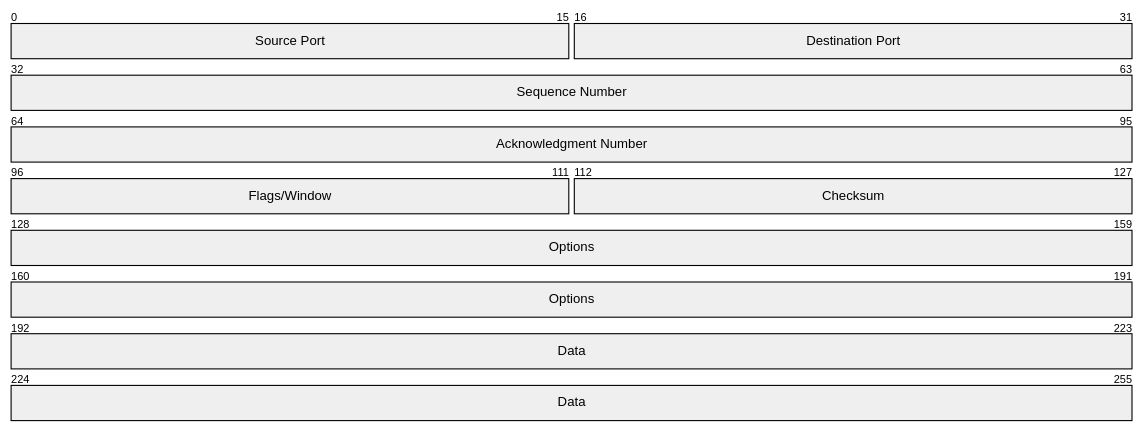
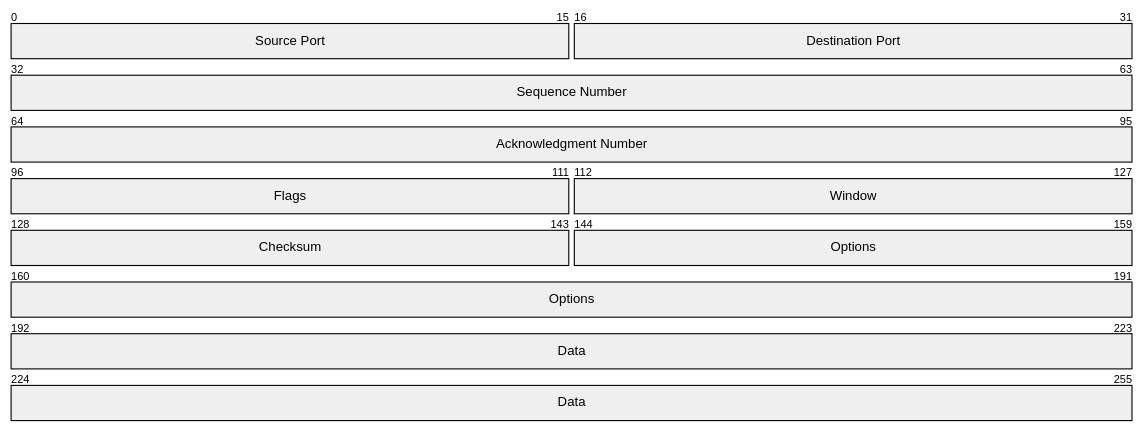
One commit to marcusquinn/aidevops changed the ninth of 10 diagrams in .agents/tools/diagrams/mermaid-diagrams-skill/references/ARCHITECTURE.md. Above: the diagram before and after it, drawn with Mermaid. The commit also changed other lines of this file, not shown here.

````diff
--- a/.agents/tools/diagrams/mermaid-diagrams-skill/references/ARCHITECTURE.md
+++ b/.agents/tools/diagrams/mermaid-diagrams-skill/references/ARCHITECTURE.md
@@ -205,11 +226,12 @@
 ```mermaid
 packet-beta
     0-15: "Source Port"
     16-31: "Destination Port"
     32-63: "Sequence Number"
     64-95: "Acknowledgment Number"
-    96-111: "Flags/Window"
-    112-127: "Checksum"
-    128-191: "Options"
+    96-111: "Flags"
+    112-127: "Window"
+    128-143: "Checksum"
+    144-191: "Options"
     192-255: "Data"
 ```
````
